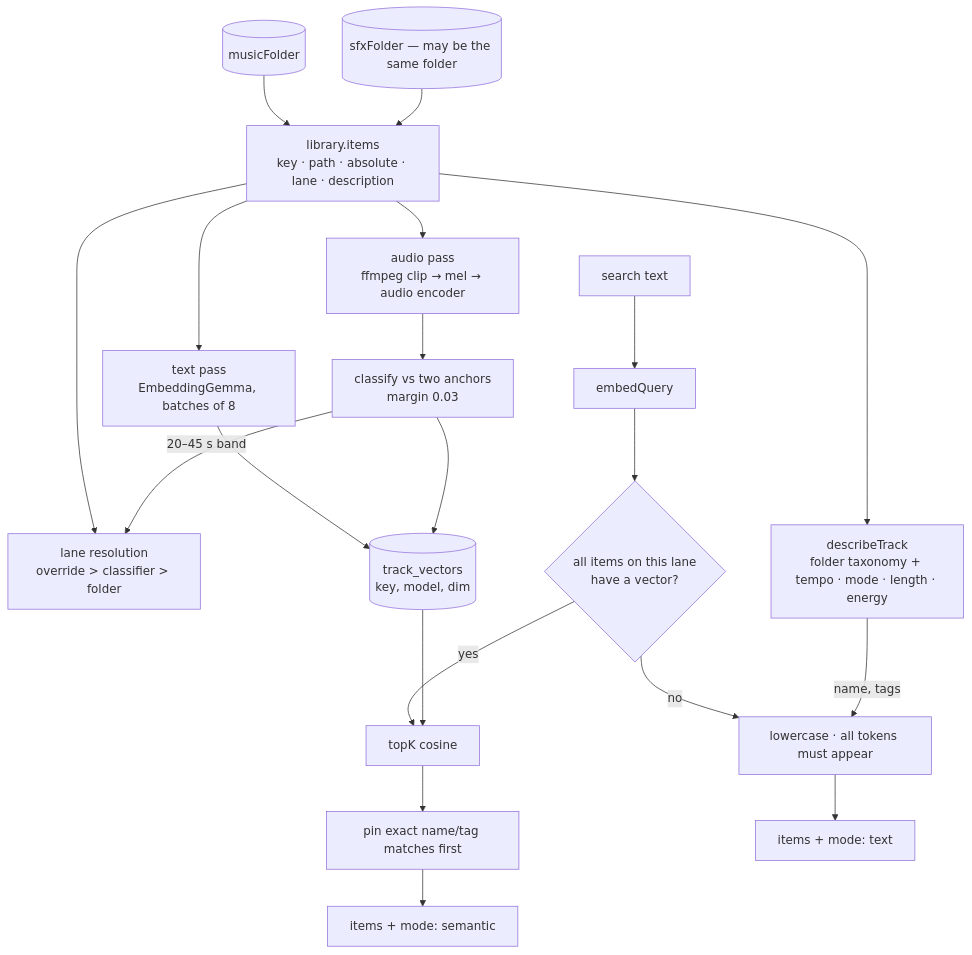
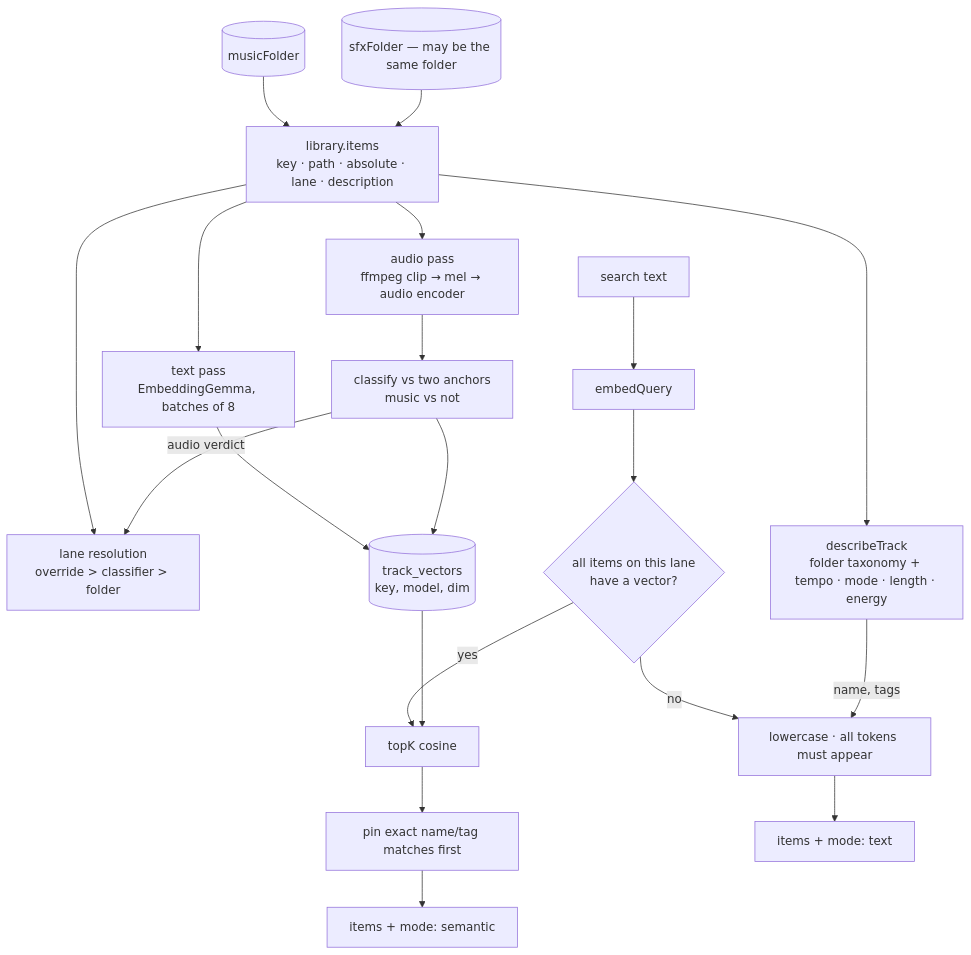
Before and after one commit to CodeAndJam/doty: the fourth of 6 diagrams in docs/ARCHITECTURE.md, drawn with Mermaid. The commit also changed 3 other files, not shown here.

First line of the commit message:
docs: the audio verdict is the lane rule, not a grey-band tiebreaker

````diff
--- a/docs/ARCHITECTURE.md
+++ b/docs/ARCHITECTURE.md
@@ -165,27 +165,27 @@
 ```mermaid
 flowchart TD
   MF[(musicFolder)] --> ITEMS
   SF[(sfxFolder — may be the same folder)] --> ITEMS
   ITEMS[library.items<br/>key · path · absolute · lane · description]
 
   ITEMS --> LANES[lane resolution<br/>override > classifier > folder]
   ITEMS --> DESC[describeTrack<br/>folder taxonomy + tempo · mode · length · energy]
   ITEMS --> TXT[text pass<br/>EmbeddingGemma, batches of 8]
   ITEMS --> AUD[audio pass<br/>ffmpeg clip → mel → audio encoder]
 
   TXT --> VEC[(track_vectors<br/>key, model, dim)]
-  AUD --> KIND[classify vs two anchors<br/>margin 0.03]
+  AUD --> KIND[classify vs two anchors<br/>music vs not]
   KIND --> VEC
 
   Q[search text] --> EMBED[embedQuery]
   EMBED --> FULL{all items on this lane<br/>have a vector?}
   FULL -->|yes| TOPK[topK cosine]
   TOPK --> PIN[pin exact name/tag matches first]
   FULL -->|no| LOWER[lowercase · all tokens must appear]
   PIN --> RES[items + mode: semantic]
   LOWER --> RES2[items + mode: text]
 
   VEC --> TOPK
-  KIND -->|20–45 s band| LANES
+  KIND -->|audio verdict| LANES
   DESC -->|name, tags| LOWER
 ```
````
